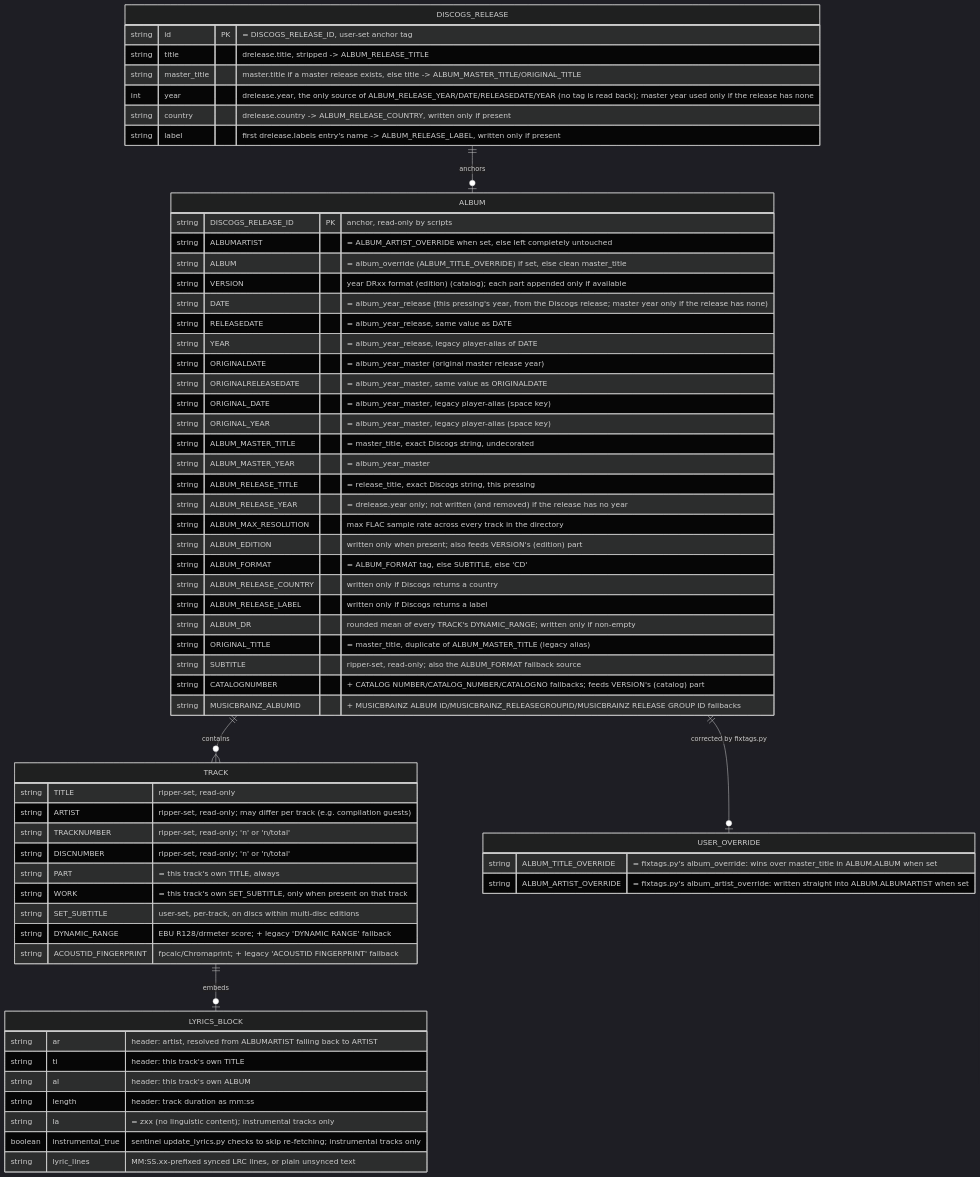
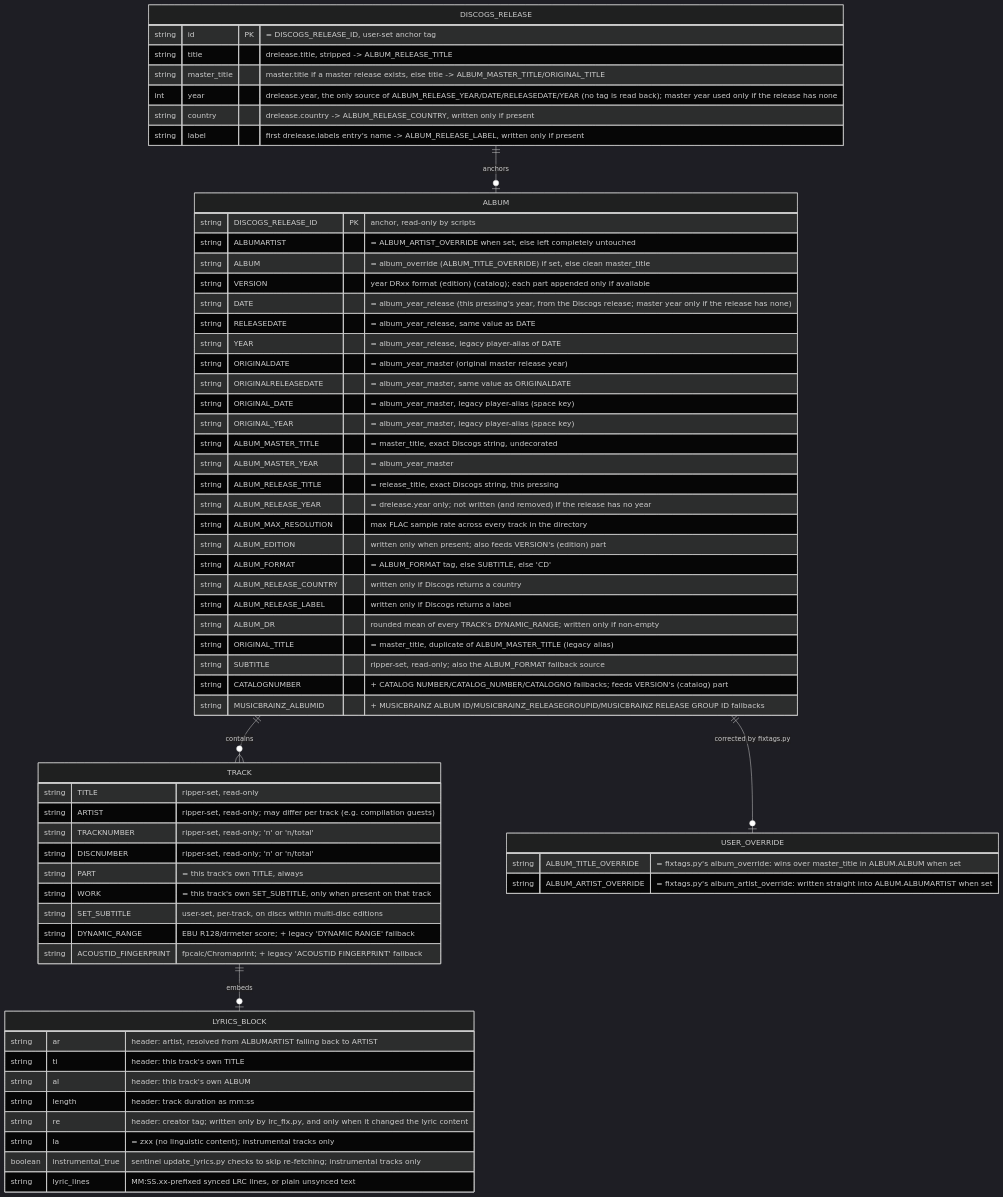
One commit to koehntopp/discogs changed the diagram in docs/tag-schema.md. Above: the diagram before and after it, drawn with Mermaid (dark theme). The commit also changed 7 other files, not shown here.

````diff
--- a/docs/tag-schema.md
+++ b/docs/tag-schema.md
@@ -7,71 +7,72 @@
 ```mermaid
 erDiagram
     DISCOGS_RELEASE ||--o| ALBUM : anchors
     ALBUM ||--o{ TRACK : contains
     ALBUM ||--o| USER_OVERRIDE : "corrected by fixtags.py"
     TRACK ||--o| LYRICS_BLOCK : embeds
 
     DISCOGS_RELEASE {
         string id PK "= DISCOGS_RELEASE_ID, user-set anchor tag"
         string title "drelease.title, stripped -> ALBUM_RELEASE_TITLE"
         string master_title "master.title if a master release exists, else title -> ALBUM_MASTER_TITLE/ORIGINAL_TITLE"
         int year "drelease.year, the only source of ALBUM_RELEASE_YEAR/DATE/RELEASEDATE/YEAR (no tag is read back); master year used only if the release has none"
         string country "drelease.country -> ALBUM_RELEASE_COUNTRY, written only if present"
         string label "first drelease.labels entry's name -> ALBUM_RELEASE_LABEL, written only if present"
     }
 
     USER_OVERRIDE {
         string ALBUM_TITLE_OVERRIDE "= fixtags.py's album_override: wins over master_title in ALBUM.ALBUM when set"
         string ALBUM_ARTIST_OVERRIDE "= fixtags.py's album_artist_override: written straight into ALBUM.ALBUMARTIST when set"
     }
 
     ALBUM {
         string DISCOGS_RELEASE_ID PK "anchor, read-only by scripts"
         string ALBUMARTIST "= ALBUM_ARTIST_OVERRIDE when set, else left completely untouched"
         string ALBUM "= album_override (ALBUM_TITLE_OVERRIDE) if set, else clean master_title"
         string VERSION "year DRxx format (edition) (catalog); each part appended only if available"
         string DATE "= album_year_release (this pressing's year, from the Discogs release; master year only if the release has none)"
         string RELEASEDATE "= album_year_release, same value as DATE"
         string YEAR "= album_year_release, legacy player-alias of DATE"
         string ORIGINALDATE "= album_year_master (original master release year)"
         string ORIGINALRELEASEDATE "= album_year_master, same value as ORIGINALDATE"
         string ORIGINAL_DATE "= album_year_master, legacy player-alias (space key)"
         string ORIGINAL_YEAR "= album_year_master, legacy player-alias (space key)"
         string ALBUM_MASTER_TITLE "= master_title, exact Discogs string, undecorated"
         string ALBUM_MASTER_YEAR "= album_year_master"
         string ALBUM_RELEASE_TITLE "= release_title, exact Discogs string, this pressing"
         string ALBUM_RELEASE_YEAR "= drelease.year only; not written (and removed) if the release has no year"
         string ALBUM_MAX_RESOLUTION "max FLAC sample rate across every track in the directory"
         string ALBUM_EDITION "written only when present; also feeds VERSION's (edition) part"
         string ALBUM_FORMAT "= ALBUM_FORMAT tag, else SUBTITLE, else 'CD'"
         string ALBUM_RELEASE_COUNTRY "written only if Discogs returns a country"
         string ALBUM_RELEASE_LABEL "written only if Discogs returns a label"
         string ALBUM_DR "rounded mean of every TRACK's DYNAMIC_RANGE; written only if non-empty"
         string ORIGINAL_TITLE "= master_title, duplicate of ALBUM_MASTER_TITLE (legacy alias)"
         string SUBTITLE "ripper-set, read-only; also the ALBUM_FORMAT fallback source"
         string CATALOGNUMBER "+ CATALOG NUMBER/CATALOG_NUMBER/CATALOGNO fallbacks; feeds VERSION's (catalog) part"
         string MUSICBRAINZ_ALBUMID "+ MUSICBRAINZ ALBUM ID/MUSICBRAINZ_RELEASEGROUPID/MUSICBRAINZ RELEASE GROUP ID fallbacks"
     }
 
     TRACK {
         string TITLE "ripper-set, read-only"
         string ARTIST "ripper-set, read-only; may differ per track (e.g. compilation guests)"
         string TRACKNUMBER "ripper-set, read-only; 'n' or 'n/total'"
         string DISCNUMBER "ripper-set, read-only; 'n' or 'n/total'"
         string PART "= this track's own TITLE, always"
         string WORK "= this track's own SET_SUBTITLE, only when present on that track"
         string SET_SUBTITLE "user-set, per-track, on discs within multi-disc editions"
         string DYNAMIC_RANGE "EBU R128/drmeter score; + legacy 'DYNAMIC RANGE' fallback"
         string ACOUSTID_FINGERPRINT "fpcalc/Chromaprint; + legacy 'ACOUSTID FINGERPRINT' fallback"
     }
 
     LYRICS_BLOCK {
         string ar "header: artist, resolved from ALBUMARTIST falling back to ARTIST"
         string ti "header: this track's own TITLE"
         string al "header: this track's own ALBUM"
         string length "header: track duration as mm:ss"
+        string re "header: creator tag; written only by lrc_fix.py, and only when it changed the lyric content"
         string la "= zxx (no linguistic content); instrumental tracks only"
         boolean instrumental_true "sentinel update_lyrics.py checks to skip re-fetching; instrumental tracks only"
         string lyric_lines "MM:SS.xx-prefixed synced LRC lines, or plain unsynced text"
     }
 ```
````
